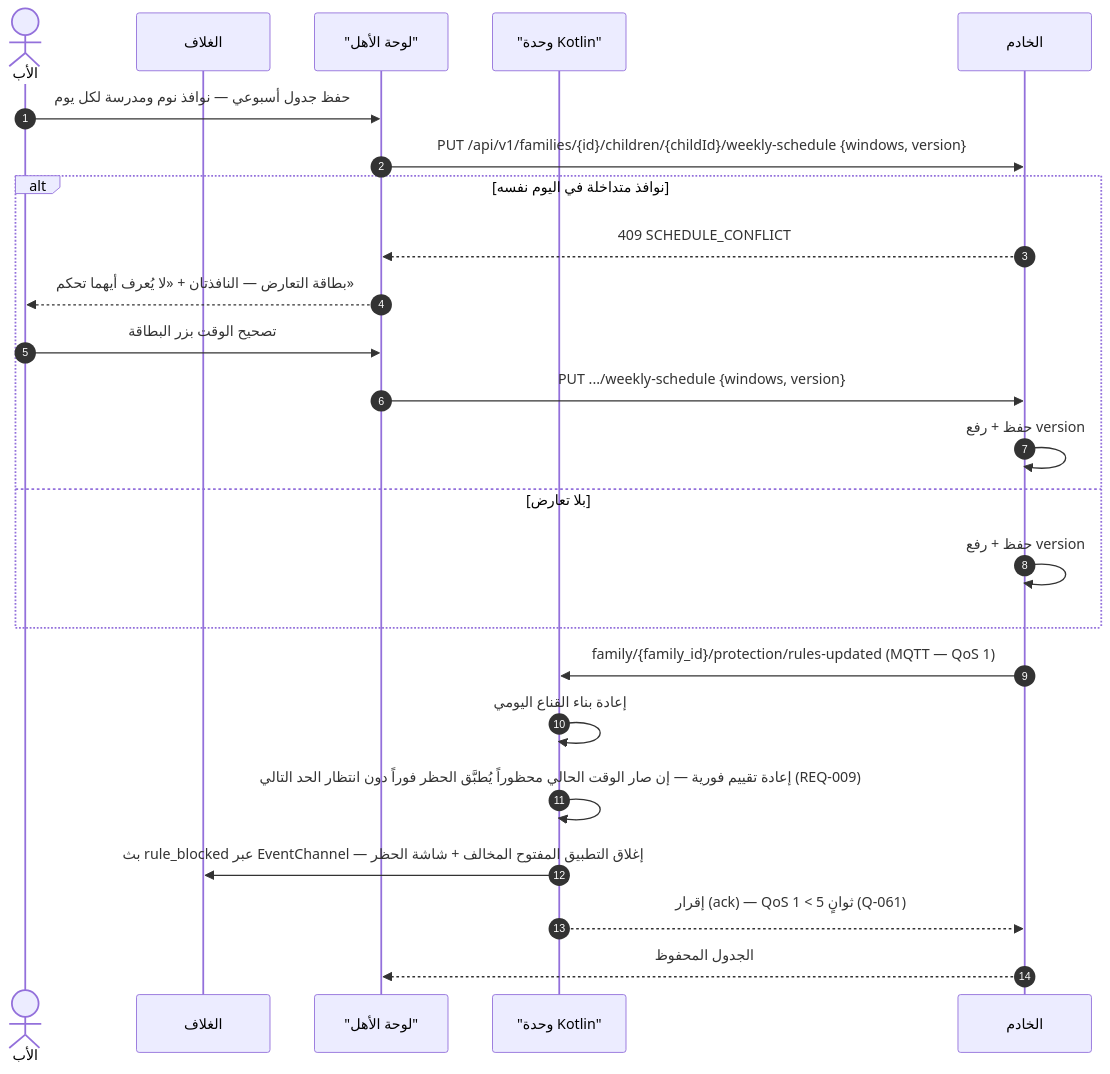
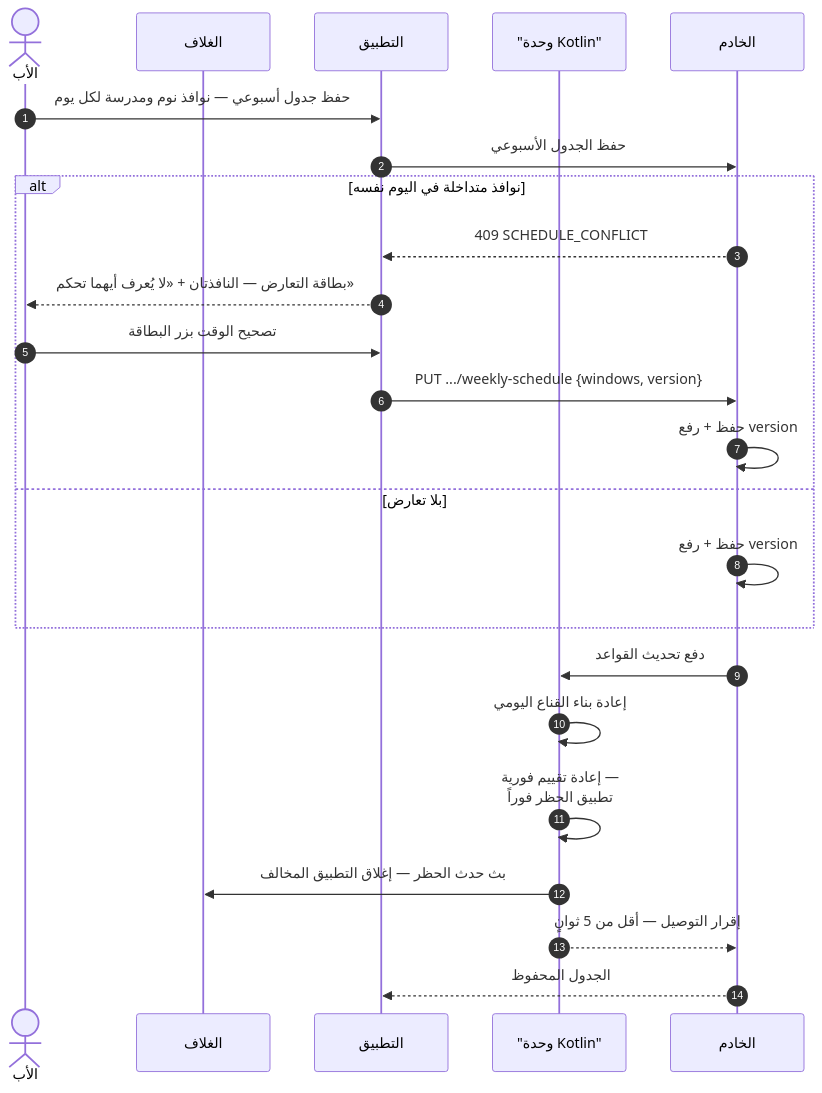
Before and after one commit to Bassam-mohammed-alqaeadi/family-os-v2: the sixth of 45 diagrams in docs/family-os/governance/phases/phase-1/S1-10-protection-and-enforcement/DIAGRAMS.md, drawn with Mermaid. The commit also changed other lines of this file, not shown here.

First line of the commit message:
دفعة الشكل 2 — S1-10: مخالفات 131 ← 0، فوق الحد 19 ← 0 (30 ← 45 مخططاً)

````diff
--- a/docs/family-os/governance/phases/phase-1/S1-10-protection-and-enforcement/DIAGRAMS.md
+++ b/docs/family-os/governance/phases/phase-1/S1-10-protection-and-enforcement/DIAGRAMS.md
@@ -376,26 +384,27 @@
 ```mermaid
+%%{init: {"sequence": {"wrap": true}}}%%
 sequenceDiagram
     autonumber
     actor Father as الأب
     participant Shell as الغلاف
-    participant Flutter as "لوحة الأهل"
+    participant App as التطبيق
     participant K as "وحدة Kotlin"
     participant Ktor as الخادم
-    Father->>Flutter: حفظ جدول أسبوعي — نوافذ نوم ومدرسة لكل يوم
-    Flutter->>Ktor: PUT /api/v1/families/{id}/children/{childId}/weekly-schedule {windows, version}
+    Father->>App: حفظ جدول أسبوعي — نوافذ نوم ومدرسة لكل يوم
+    App->>Ktor: حفظ الجدول الأسبوعي
     alt نوافذ متداخلة في اليوم نفسه
-        Ktor-->>Flutter: 409 SCHEDULE_CONFLICT
-        Flutter-->>Father: بطاقة التعارض — النافذتان + «لا يُعرف أيهما تحكم»
-        Father->>Flutter: تصحيح الوقت بزر البطاقة
-        Flutter->>Ktor: PUT .../weekly-schedule {windows, version}
+        Ktor-->>App: 409 SCHEDULE_CONFLICT
+        App-->>Father: بطاقة التعارض — النافذتان + «لا يُعرف أيهما تحكم»
+        Father->>App: تصحيح الوقت بزر البطاقة
+        App->>Ktor: PUT .../weekly-schedule {windows, version}
         Ktor->>Ktor: حفظ + رفع version
     else بلا تعارض
         Ktor->>Ktor: حفظ + رفع version
     end
-    Ktor->>K: family/{family_id}/protection/rules-updated (MQTT — QoS 1)
+    Ktor->>K: دفع تحديث القواعد
     K->>K: إعادة بناء القناع اليومي
-    K->>K: إعادة تقييم فورية — إن صار الوقت الحالي محظوراً يُطبَّق الحظر فوراً دون انتظار الحد التالي (REQ-009)
-    K->>Shell: بث rule_blocked عبر EventChannel — إغلاق التطبيق المفتوح المخالف + شاشة الحظر
-    K-->>Ktor: إقرار (ack) — QoS 1 < 5 ثوانٍ (Q-061)
-    Ktor-->>Flutter: الجدول المحفوظ
+    K->>K: إعادة تقييم فورية — تطبيق الحظر فوراً
+    K->>Shell: بث حدث الحظر — إغلاق التطبيق المخالف
+    K-->>Ktor: إقرار التوصيل — أقل من 5 ثوانٍ
+    Ktor-->>App: الجدول المحفوظ
 ```
````
